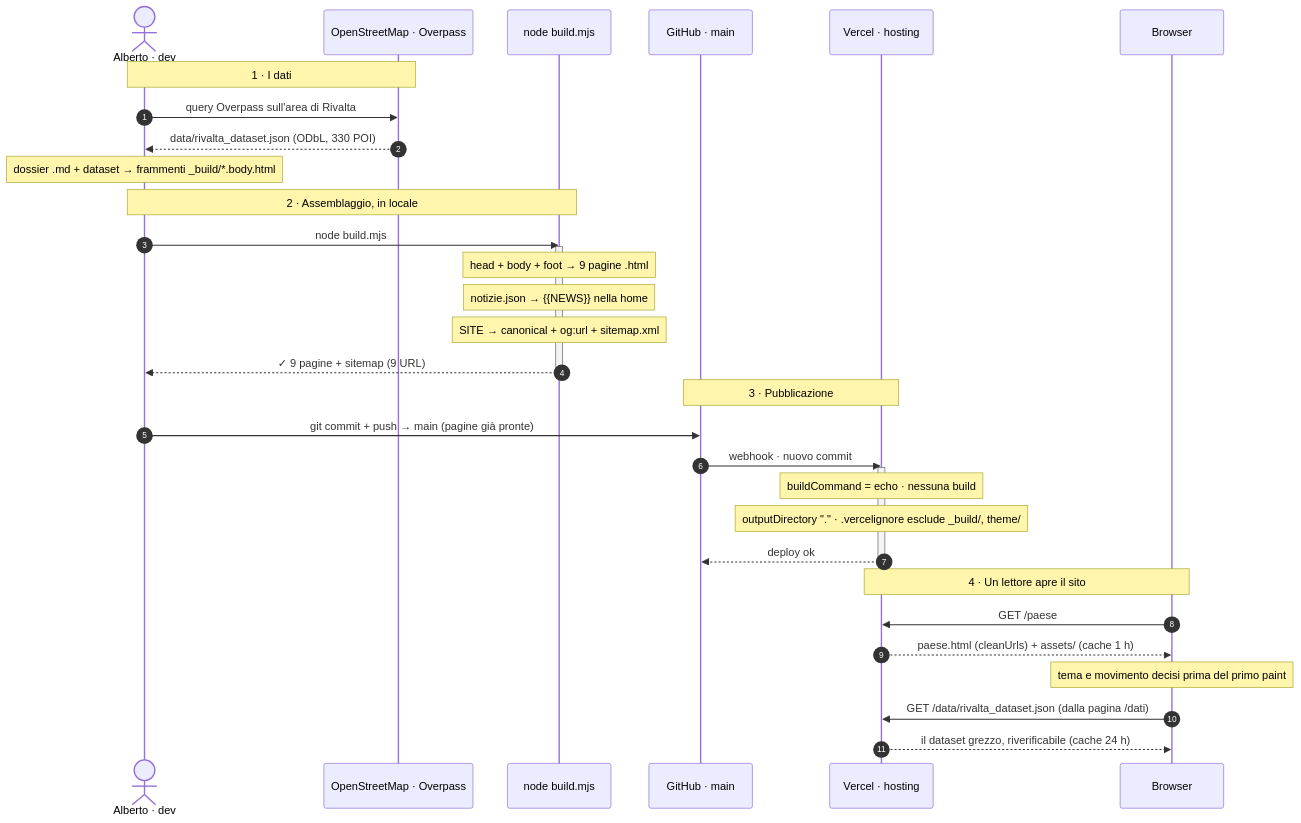
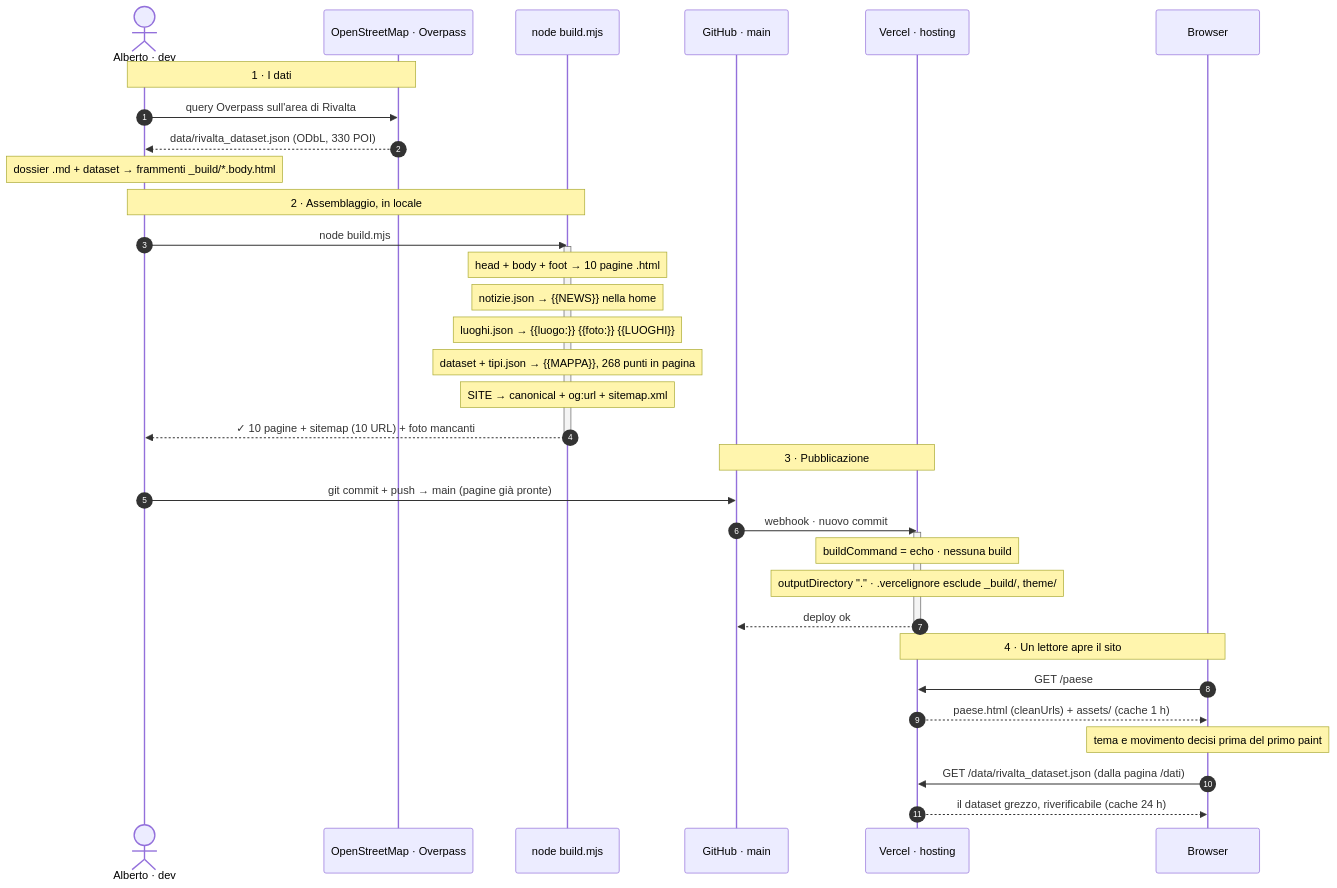
Before and after one commit to albertoxpecchini/rivaltasulmincio: the diagram in README.md, drawn with Mermaid. The commit also changed other lines of this file and 37 other files, not shown here.

````diff
--- a/README.md
+++ b/README.md
@@ -233,40 +292,42 @@
 ```mermaid
 sequenceDiagram
     autonumber
     actor Dev as Alberto · dev
     participant OSM as OpenStreetMap · Overpass
     participant BLD as node build.mjs
     participant GH as GitHub · main
     participant VC as Vercel · hosting
     participant BR as Browser
 
     Note over Dev,OSM: 1 · I dati
     Dev->>OSM: query Overpass sull'area di Rivalta
     OSM-->>Dev: data/rivalta_dataset.json (ODbL, 330 POI)
     Note over Dev: dossier .md + dataset → frammenti _build/*.body.html
 
     Note over Dev,BLD: 2 · Assemblaggio, in locale
     Dev->>BLD: node build.mjs
     activate BLD
-    Note over BLD: head + body + foot → 9 pagine .html
+    Note over BLD: head + body + foot → 10 pagine .html
     Note over BLD: notizie.json → {{NEWS}} nella home
+    Note over BLD: luoghi.json → {{luogo:}} {{foto:}} {{LUOGHI}}
+    Note over BLD: dataset + tipi.json → {{MAPPA}}, 268 punti in pagina
     Note over BLD: SITE → canonical + og:url + sitemap.xml
-    BLD-->>Dev: ✓ 9 pagine + sitemap (9 URL)
+    BLD-->>Dev: ✓ 10 pagine + sitemap (10 URL) + foto mancanti
     deactivate BLD
 
     Note over GH,VC: 3 · Pubblicazione
     Dev->>GH: git commit + push → main (pagine già pronte)
     GH->>VC: webhook · nuovo commit
     activate VC
     Note over VC: buildCommand = echo · nessuna build
     Note over VC: outputDirectory "." · .vercelignore esclude _build/, theme/
     VC-->>GH: deploy ok
     deactivate VC
 
     Note over BR,VC: 4 · Un lettore apre il sito
     BR->>VC: GET /paese
     VC-->>BR: paese.html (cleanUrls) + assets/ (cache 1 h)
     Note over BR: tema e movimento decisi prima del primo paint
     BR->>VC: GET /data/rivalta_dataset.json (dalla pagina /dati)
     VC-->>BR: il dataset grezzo, riverificabile (cache 24 h)
 ```
````
